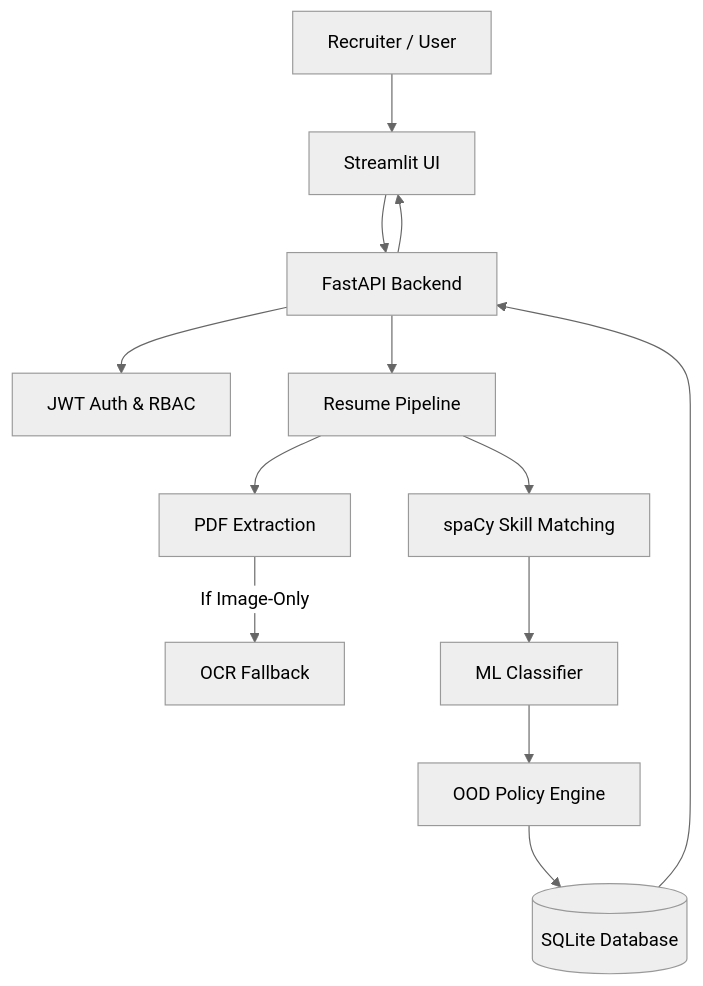
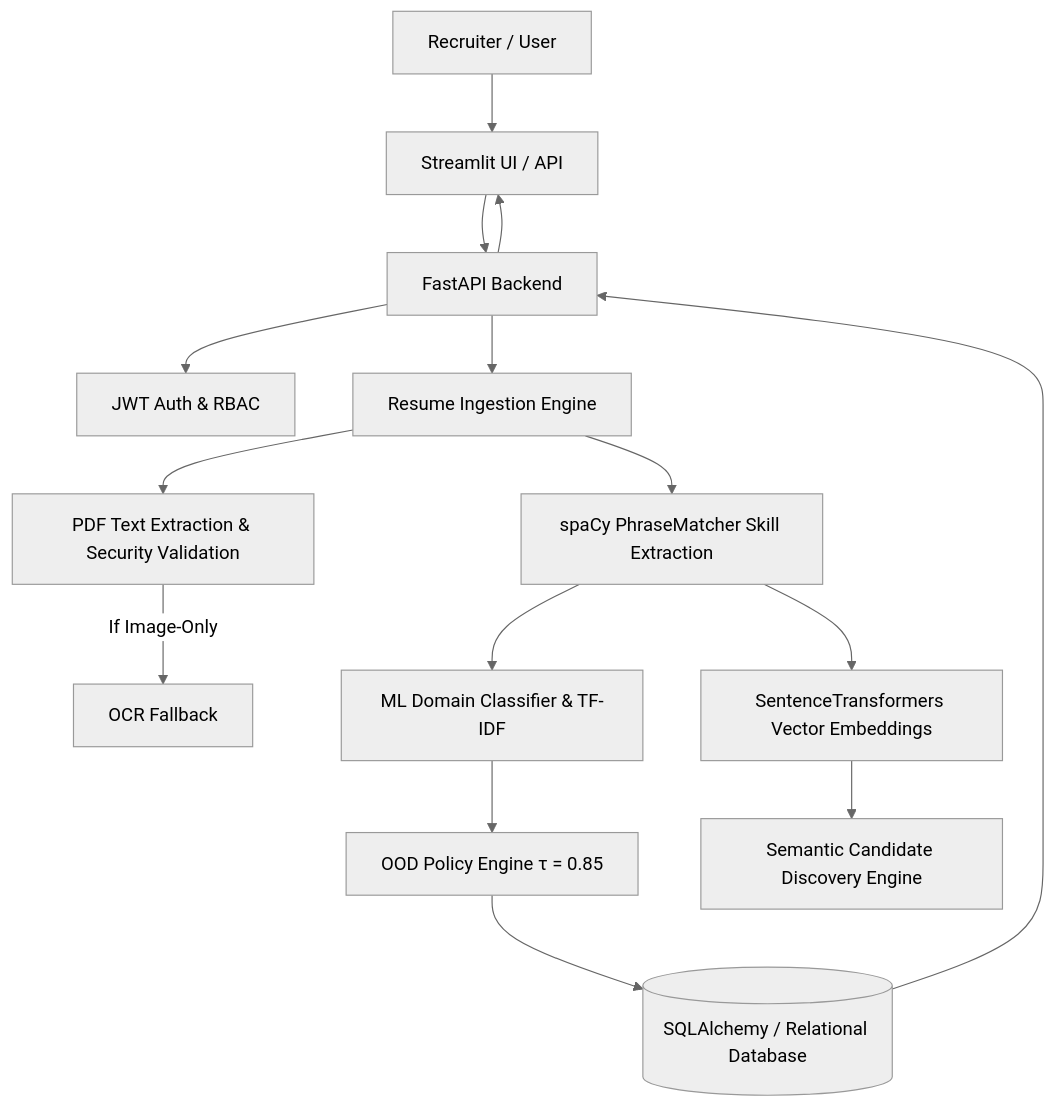
Before and after one commit to pinaki-bit/Candiq-: the first of 2 diagrams in README.md, drawn with Mermaid (neutral theme). The commit also changed other lines of this file and 68 other files, not shown here.

````diff
--- a/README.md
+++ b/README.md
@@ -17,15 +17,17 @@
 ```mermaid
 flowchart TD
-    U[Recruiter / User] --> FE[Streamlit UI]
+    U[Recruiter / User] --> FE[Streamlit UI / API]
     FE --> API[FastAPI Backend]
     API --> AUTH[JWT Auth & RBAC]
-    API --> RP[Resume Pipeline]
-    RP --> PDF[PDF Extraction]
+    API --> RP[Resume Ingestion Engine]
+    RP --> PDF[PDF Text Extraction & Security Validation]
     PDF -->|If Image-Only| OCR[OCR Fallback]
-    RP --> NLP[spaCy Skill Matching]
-    NLP --> ML[ML Classifier]
-    ML --> OOD[OOD Policy Engine]
-    OOD --> DB[(SQLite Database)]
+    RP --> NLP[spaCy PhraseMatcher Skill Extraction]
+    NLP --> ML[ML Domain Classifier & TF-IDF]
+    ML --> OOD[OOD Policy Engine τ = 0.85]
+    NLP --> VEC[SentenceTransformers Vector Embeddings]
+    VEC --> DISCOVERY[Semantic Candidate Discovery Engine]
+    OOD --> DB[(SQLAlchemy / Relational Database)]
     DB --> API
     API --> FE
 ```
````
